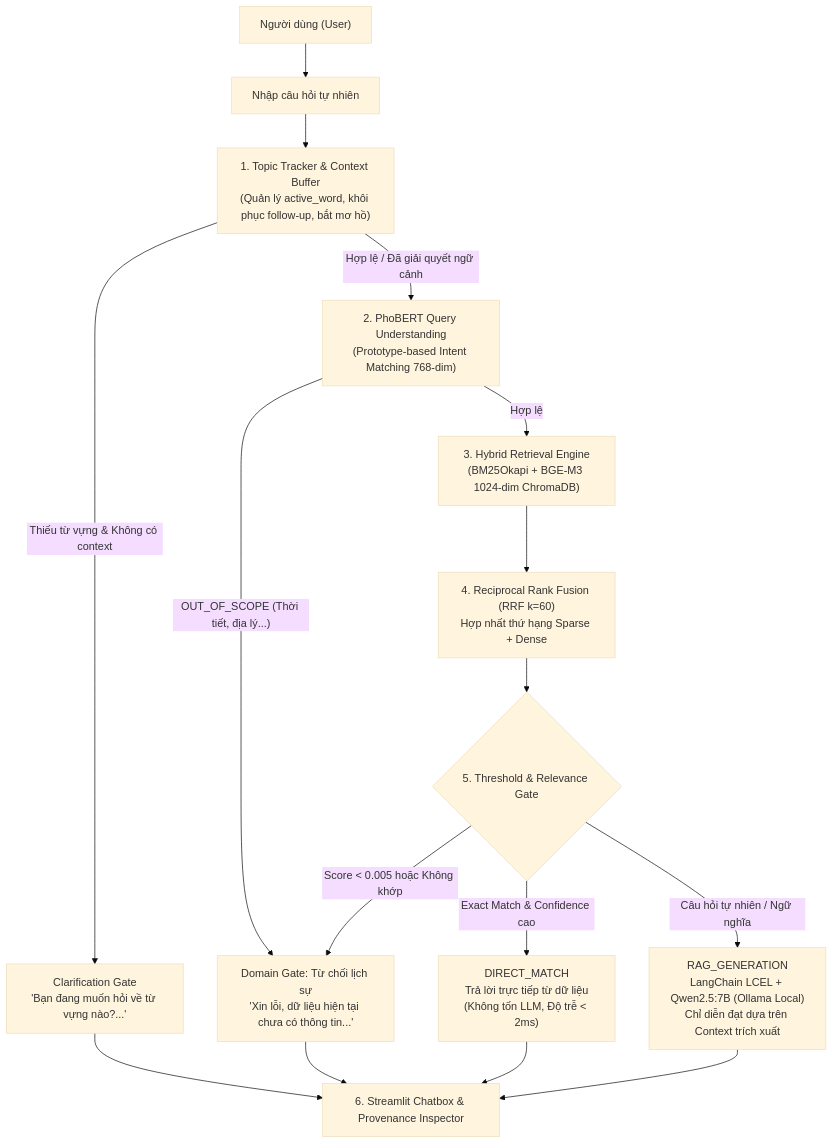
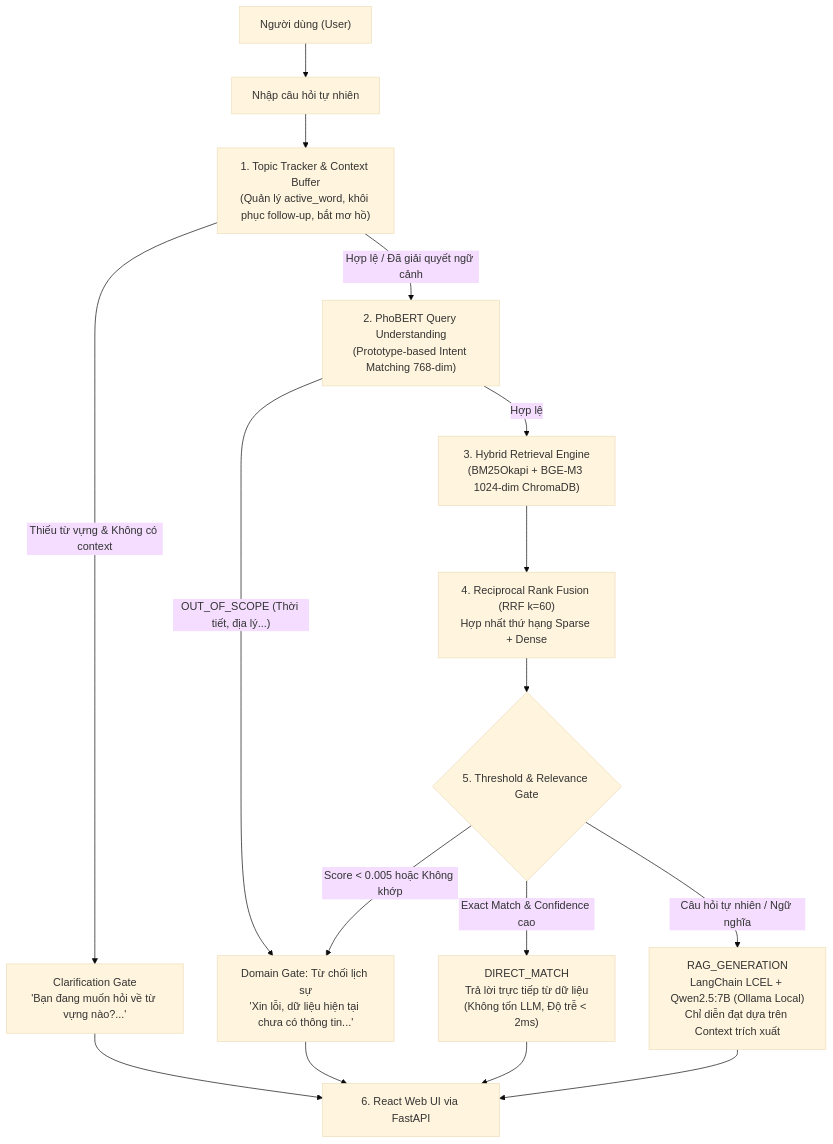
Before and after one commit to vmm2302/chatbox2.0: the diagram in README.md, drawn with Mermaid (base theme). The commit also changed other lines of this file and 21 other files, not shown here.

````diff
--- a/README.md
+++ b/README.md
@@ -13,26 +13,26 @@
 ```mermaid
 flowchart TD
     User["Người dùng (User)"] --> Input["Nhập câu hỏi tự nhiên"]
     Input --> TopicTracker["1. Topic Tracker & Context Buffer<br/>(Quản lý active_word, khôi phục follow-up, bắt mơ hồ)"]
     
     TopicTracker -- "Thiếu từ vựng & Không có context" --> Clarification["Clarification Gate<br/>'Bạn đang muốn hỏi về từ vựng nào?...'"]
     
     TopicTracker -- "Hợp lệ / Đã giải quyết ngữ cảnh" --> IntentNLU["2. PhoBERT Query Understanding<br/>(Prototype-based Intent Matching 768-dim)"]
     
     IntentNLU -- "OUT_OF_SCOPE (Thời tiết, địa lý...)" --> Rejection["Domain Gate: Từ chối lịch sự<br/>'Xin lỗi, dữ liệu hiện tại chưa có thông tin...'"]
     
     IntentNLU -- "Hợp lệ" --> HybridRetriever["3. Hybrid Retrieval Engine<br/>(BM25Okapi + BGE-M3 1024-dim ChromaDB)"]
     
     HybridRetriever --> RRF["4. Reciprocal Rank Fusion (RRF k=60)<br/>Hợp nhất thứ hạng Sparse + Dense"]
     
     RRF --> Gate{"5. Threshold & Relevance Gate"}
     
     Gate -- "Score < 0.005 hoặc Không khớp" --> Rejection
     Gate -- "Exact Match & Confidence cao" --> DirectAnswer["DIRECT_MATCH<br/>Trả lời trực tiếp từ dữ liệu<br/>(Không tốn LLM, Độ trễ < 2ms)"]
     Gate -- "Câu hỏi tự nhiên / Ngữ nghĩa" --> GroundedLLM["RAG_GENERATION<br/>LangChain LCEL + Qwen2.5:7B (Ollama Local)<br/>Chỉ diễn đạt dựa trên Context trích xuất"]
     
-    DirectAnswer --> ResponseUI["6. Streamlit Chatbox & Provenance Inspector"]
+    DirectAnswer --> ResponseUI["6. React Web UI via FastAPI"]
     GroundedLLM --> ResponseUI
     Clarification --> ResponseUI
     Rejection --> ResponseUI
 ```
````
